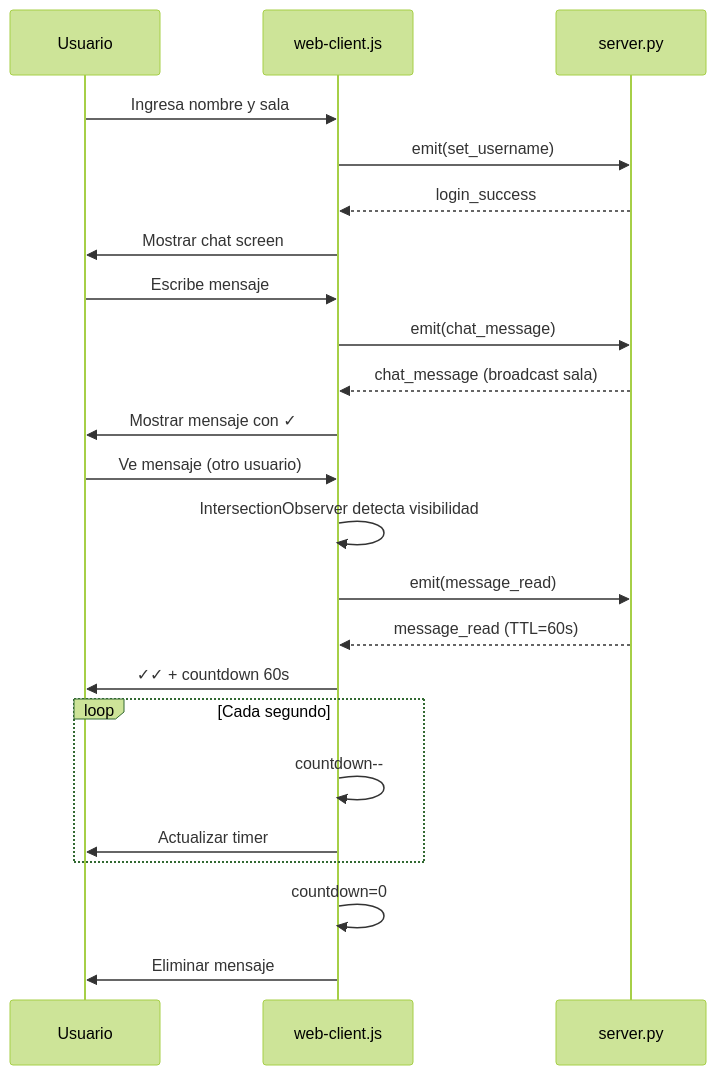
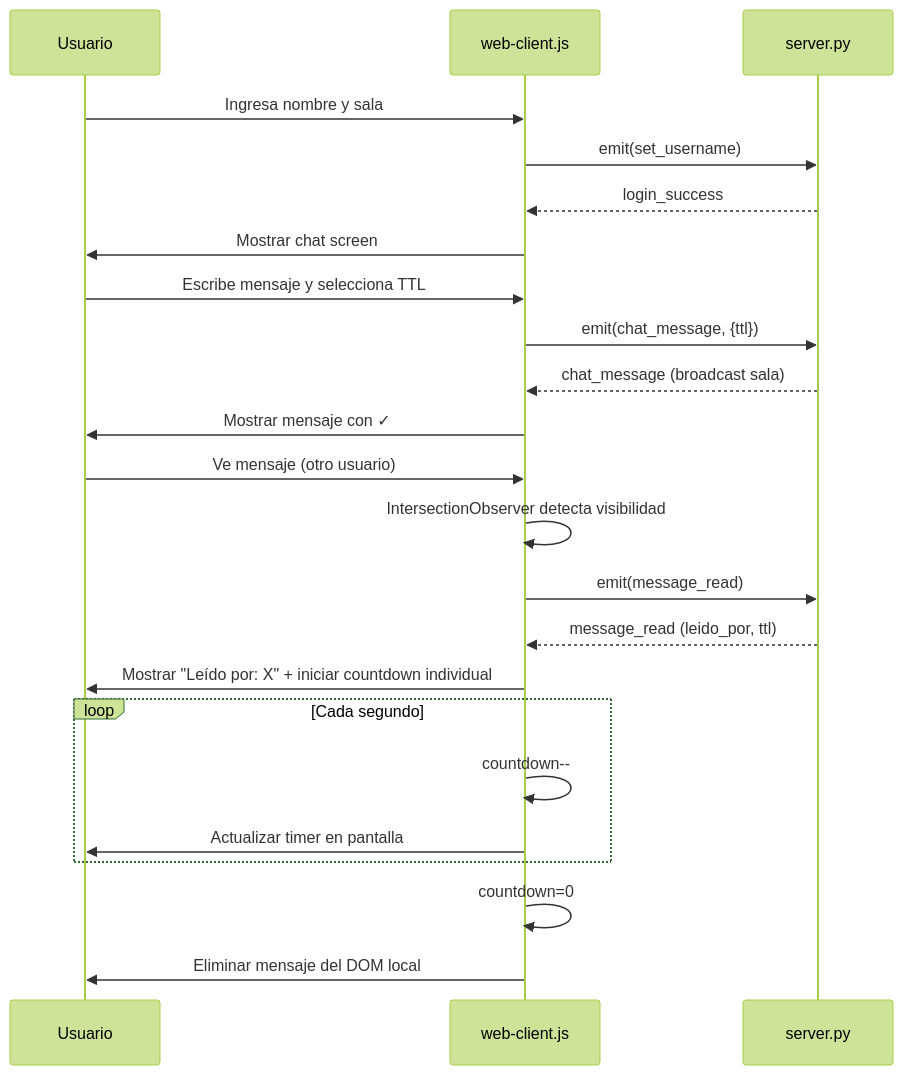
Before and after one commit to gamurigm/practica3: the second of 3 diagrams in README.MD, drawn with Mermaid (forest theme). The commit also changed other lines of this file, not shown here.

Commit message:
docs: actualiza diagramas mermaid con logica de leido_por y TTL individual

````diff
--- a/README.MD
+++ b/README.MD
@@ -223,30 +226,30 @@
 ```mermaid
 sequenceDiagram
     participant U as Usuario
     participant C as web-client.js
     participant S as server.py
 
     U->>C: Ingresa nombre y sala
     C->>S: emit(set_username)
     S-->>C: login_success
     C->>U: Mostrar chat screen
     
-    U->>C: Escribe mensaje
-    C->>S: emit(chat_message)
+    U->>C: Escribe mensaje y selecciona TTL
+    C->>S: emit(chat_message, {ttl})
     S-->>C: chat_message (broadcast sala)
     C->>U: Mostrar mensaje con ✓
     
     U->>C: Ve mensaje (otro usuario)
     C->>C: IntersectionObserver detecta visibilidad
     C->>S: emit(message_read)
-    S-->>C: message_read (TTL=60s)
-    C->>U: ✓✓ + countdown 60s
+    S-->>C: message_read (leido_por, ttl)
+    C->>U: Mostrar "Leído por: X" + iniciar countdown individual
     
     loop Cada segundo
         C->>C: countdown--
-        C->>U: Actualizar timer
+        C->>U: Actualizar timer en pantalla
     end
     
     C->>C: countdown=0
-    C->>U: Eliminar mensaje
+    C->>U: Eliminar mensaje del DOM local
 ```
````
